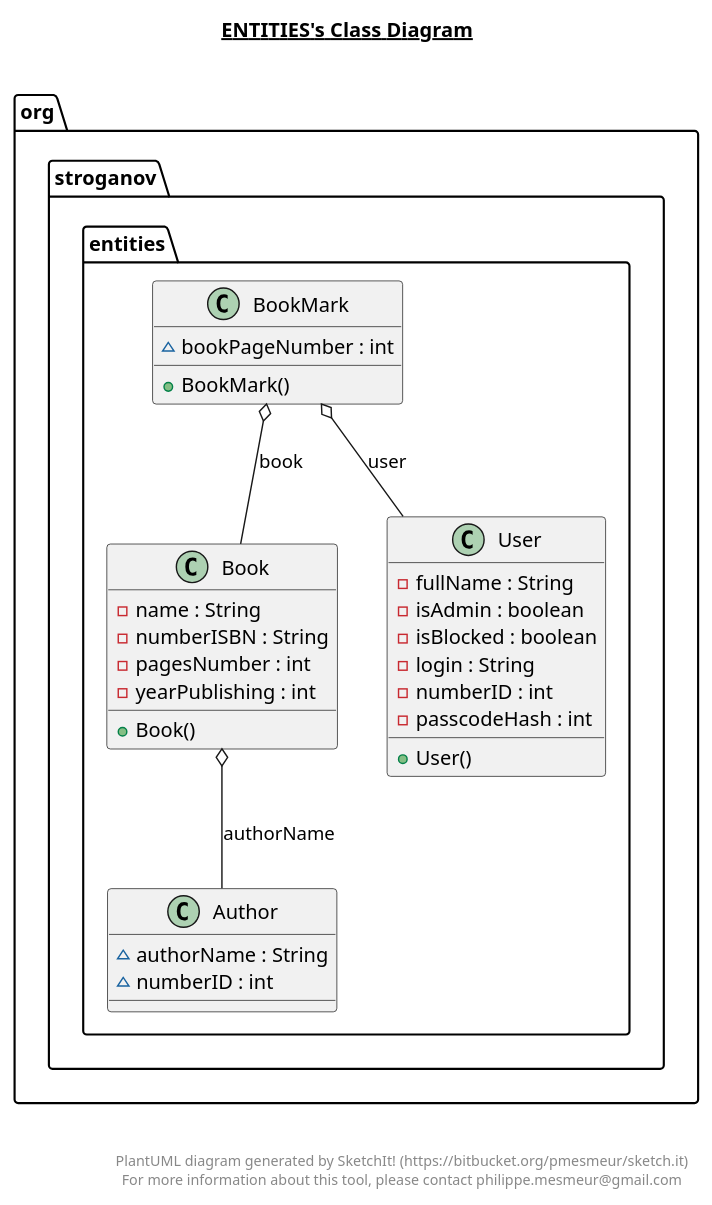
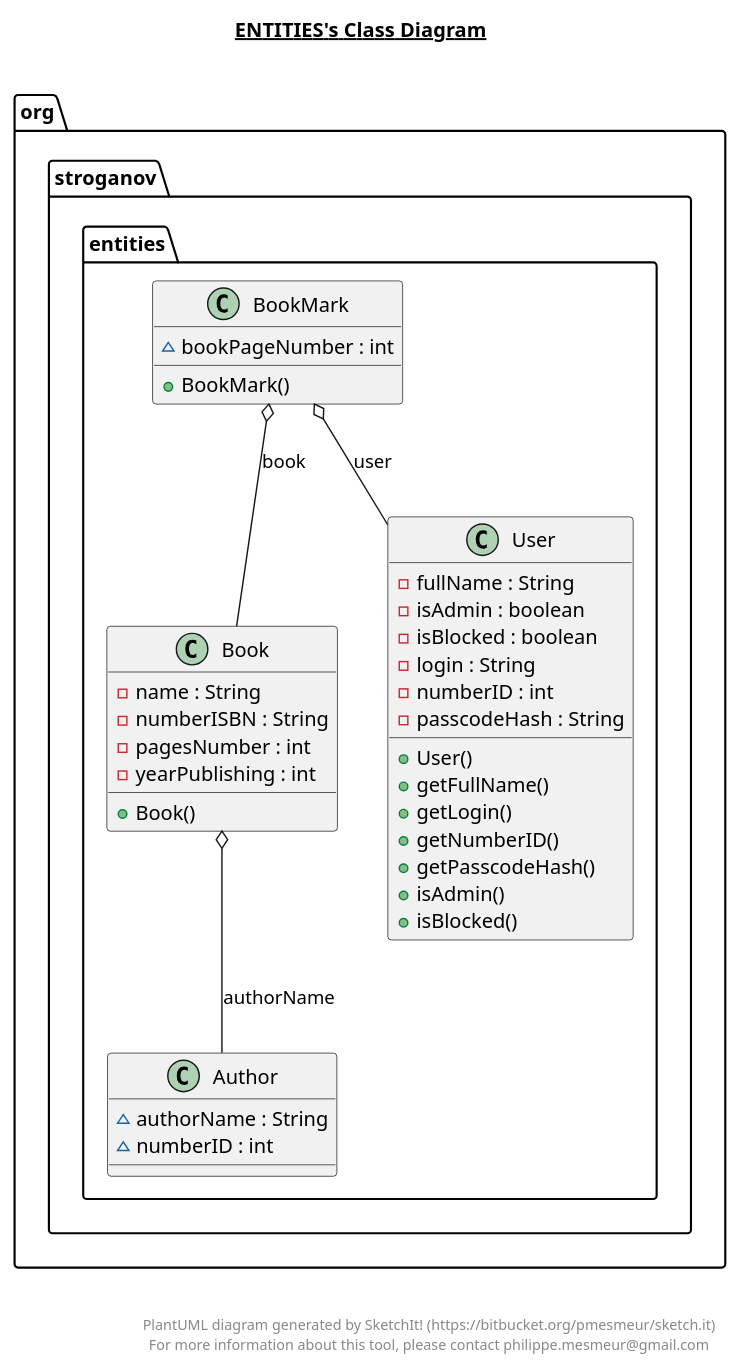
One commit to SergeyStroganoff/LibraryApp changed the diagram in src/main/java/org/stroganov/entities/entities.plantuml. Above: the diagram before and after it, drawn with PlantUML. The commit also changed 14 other files, not shown here.

```diff
--- a/src/main/java/org/stroganov/entities/entities.plantuml
+++ b/src/main/java/org/stroganov/entities/entities.plantuml
@@ -1,65 +1,71 @@
 @startuml
 
 title __ENTITIES's Class Diagram__\n
 
   namespace org.stroganov {
     namespace entities {
       class org.stroganov.entities.Author {
           ~ authorName : String
           ~ numberID : int
       }
     }
   }
   
 
   namespace org.stroganov {
     namespace entities {
       class org.stroganov.entities.Book {
           - name : String
           - numberISBN : String
           - pagesNumber : int
           - yearPublishing : int
           + Book()
       }
     }
   }
   
 
   namespace org.stroganov {
     namespace entities {
       class org.stroganov.entities.BookMark {
           ~ bookPageNumber : int
           + BookMark()
       }
     }
   }
   
 
   namespace org.stroganov {
     namespace entities {
       class org.stroganov.entities.User {
           - fullName : String
           - isAdmin : boolean
           - isBlocked : boolean
           - login : String
           - numberID : int
-          - passcodeHash : int
+          - passcodeHash : String
           + User()
+          + getFullName()
+          + getLogin()
+          + getNumberID()
+          + getPasscodeHash()
+          + isAdmin()
+          + isBlocked()
       }
     }
   }
   
 
   org.stroganov.entities.Book o-- org.stroganov.entities.Author : authorName
   org.stroganov.entities.BookMark o-- org.stroganov.entities.Book : book
   org.stroganov.entities.BookMark o-- org.stroganov.entities.User : user
 
 
 right footer
 
 
 PlantUML diagram generated by SketchIt! (https://bitbucket.org/pmesmeur/sketch.it)
 For more information about this tool, please contact philippe.mesmeur@gmail.com
 endfooter
 
 @enduml
```
